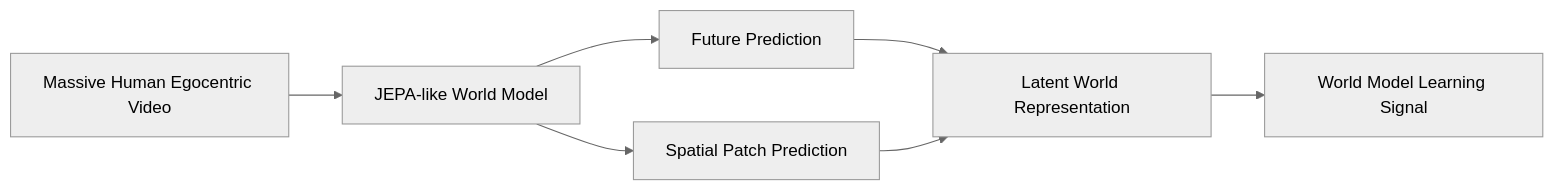
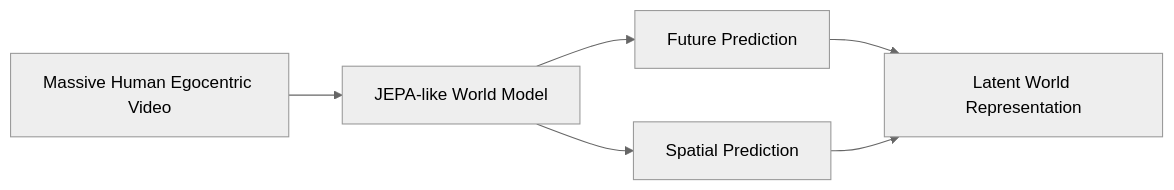
One commit to Freelunch-AI/freelunch-ide changed the first of 13 diagrams in docs/specs/post-demo/lunch_robotics.md. Above: the diagram before and after it, drawn with Mermaid (neutral theme). The commit also changed other lines of this file, not shown here.

````diff
--- a/docs/specs/post-demo/lunch_robotics.md
+++ b/docs/specs/post-demo/lunch_robotics.md
@@ -349,13 +204,11 @@
 ```mermaid
 flowchart LR
     A["Massive Human Egocentric Video"]
     --> B["JEPA-like World Model"]
 
     B --> C["Future Prediction"]
-    B --> D["Spatial Patch Prediction"]
+    B --> D["Spatial Prediction"]
 
     C --> E["Latent World Representation"]
     D --> E
-
-    E --> F["World Model Learning Signal"]
 ```
````
